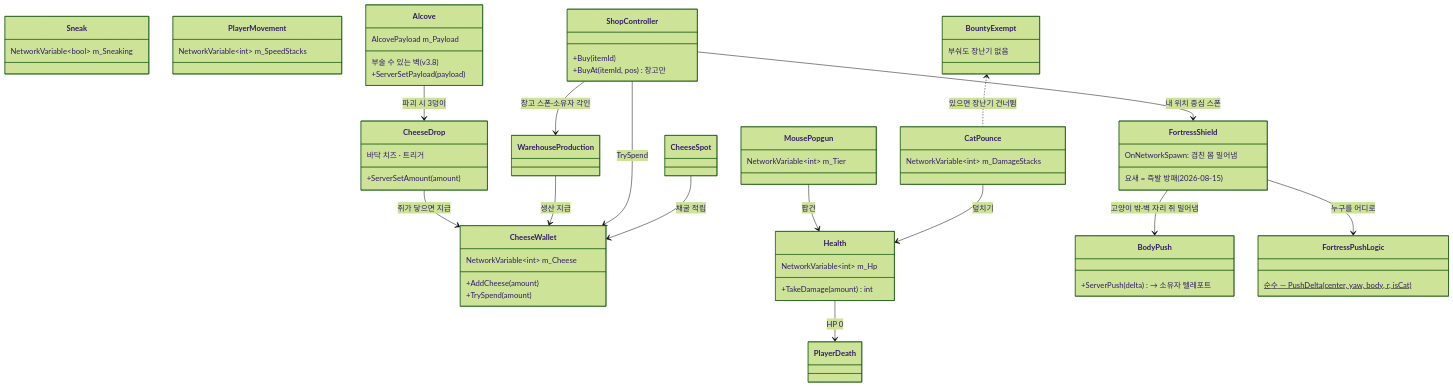
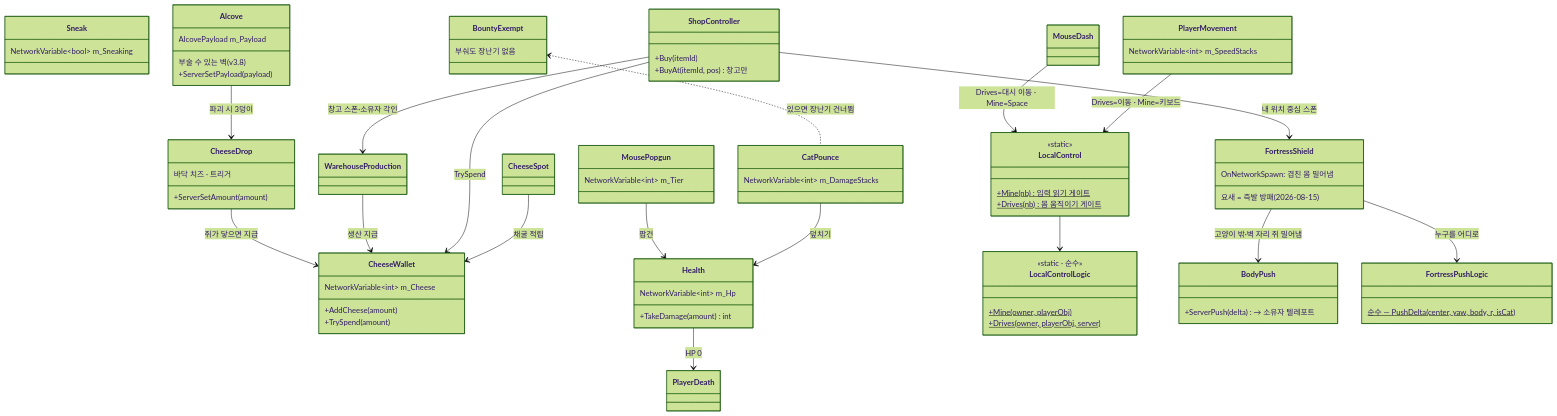
Diagram 19 of 33 in CTC/docs/design-vault/코드 다이어그램.md (JeahanPark/The-Cheese-Thief-and-the-Cat), drawn with Mermaid (forest theme) before and after one commit. The commit also changed other lines of this file and 3 other files, not shown here.

````diff
--- a/CTC/docs/design-vault/코드 다이어그램.md
+++ b/CTC/docs/design-vault/코드 다이어그램.md
@@ -616,66 +681,79 @@
 ```mermaid
 classDiagram
     direction TB
 
     class CheeseWallet {
         NetworkVariable~int~ m_Cheese
         +AddCheese(amount)
         +TrySpend(amount)
     }
     class Health {
         NetworkVariable~int~ m_Hp
         +TakeDamage(amount) int
     }
     class CatPounce {
         NetworkVariable~int~ m_DamageStacks
     }
     class MousePopgun {
         NetworkVariable~int~ m_Tier
     }
     class Sneak {
         NetworkVariable~bool~ m_Sneaking
     }
     class PlayerMovement {
         NetworkVariable~int~ m_SpeedStacks
     }
+    class LocalControl {
+        <<static>>
+        +Mine(nb)$ 입력 읽기 게이트
+        +Drives(nb)$ 몸 움직이기 게이트
+    }
+    class LocalControlLogic {
+        <<static · 순수>>
+        +Mine(owner, playerObj)$
+        +Drives(owner, playerObj, server)$
+    }
+    LocalControl --> LocalControlLogic
+    PlayerMovement --> LocalControl : Drives=이동 · Mine=키보드
+    MouseDash --> LocalControl : Drives=대시 이동 · Mine=Space
     class ShopController {
         +Buy(itemId)
         +BuyAt(itemId, pos) 창고만
     }
     class FortressShield {
         요새 = 즉발 방패 (2026-08-15)
         OnNetworkSpawn: 겹친 몸 밀어냄
     }
     class BodyPush {
         +ServerPush(delta) → 소유자 텔레포트
     }
     class FortressPushLogic {
         순수 — PushDelta(center, yaw, body, r, isCat)$
     }
     class Alcove {
         부술 수 있는 벽 (v3.8)
         AlcovePayload m_Payload
         +ServerSetPayload(payload)
     }
     class CheeseDrop {
         바닥 치즈 · 트리거
         +ServerSetAmount(amount)
     }
     class BountyExempt {
         부숴도 장난기 없음
     }
 
     CheeseSpot --> CheeseWallet : 채굴 적립
     ShopController --> CheeseWallet : TrySpend
     ShopController --> WarehouseProduction : 창고 스폰·소유자 각인
     ShopController --> FortressShield : 내 위치 중심 스폰
     FortressShield --> FortressPushLogic : 누구를 어디로
     FortressShield --> BodyPush : 고양이 밖·벽 자리 쥐 밀어냄
     WarehouseProduction --> CheeseWallet : 생산 지급
     CatPounce --> Health : 덮치기
     MousePopgun --> Health : 팝건
     Health --> PlayerDeath : HP 0
     Alcove --> CheeseDrop : 파괴 시 3덩이
     CheeseDrop --> CheeseWallet : 쥐가 닿으면 지급
     BountyExempt <.. CatPounce : 있으면 장난기 건너뜀
 ```
````
